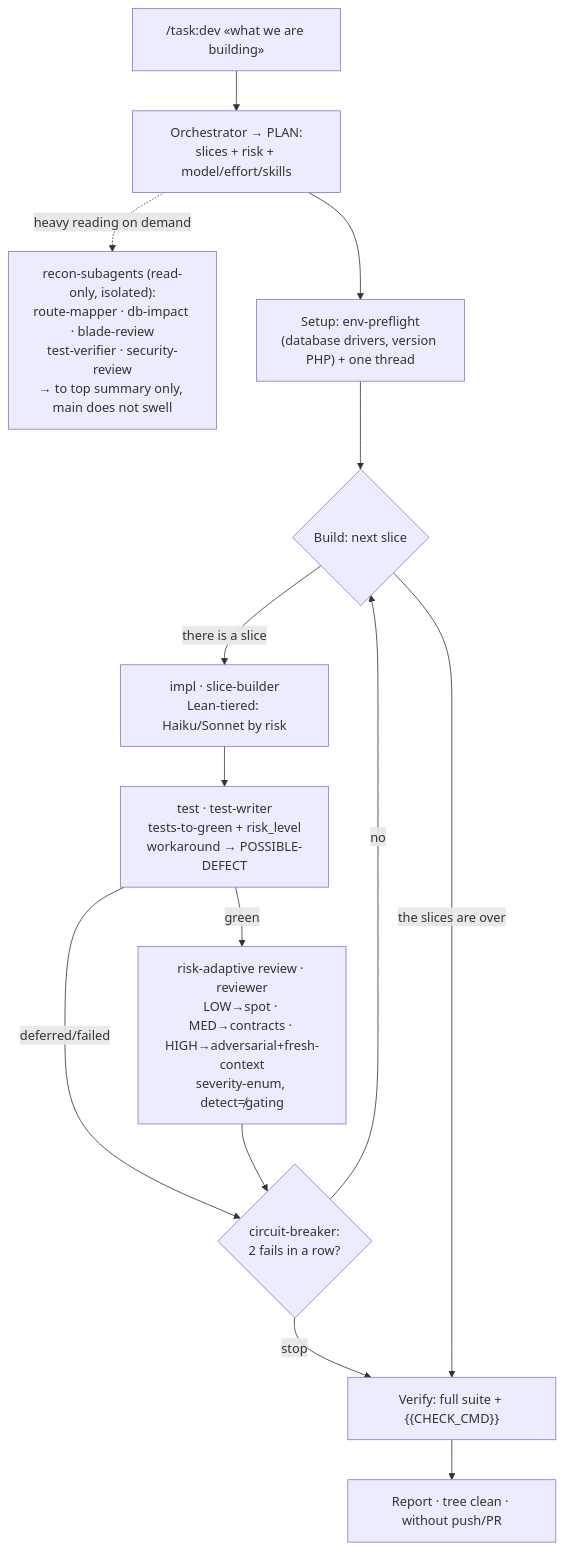
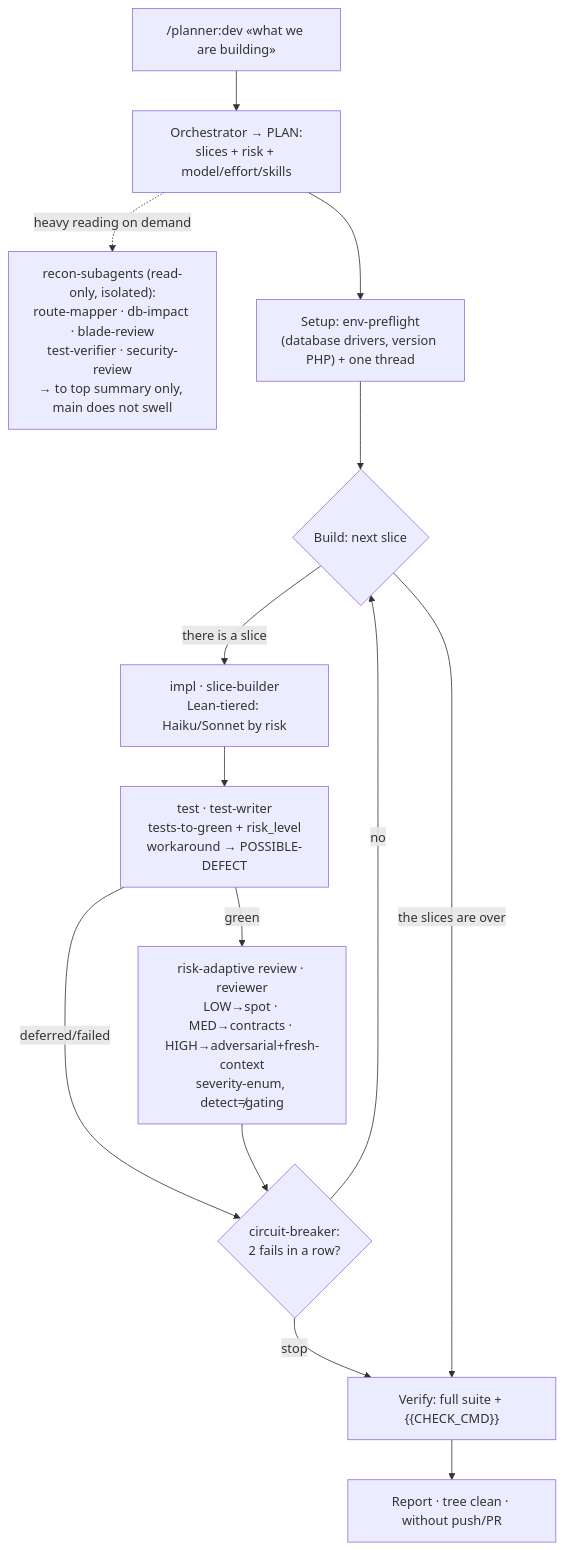
Before and after one commit to academici/swissknifeman: the diagram in packages/harness/configs/claude-code/agent-packs/backend-laravel/docs/subagents-and-workflows.md, drawn with Mermaid. The commit also changed other lines of this file and 697 other files, not shown here.

First line of the commit message:
refactor(skm-ecosystem): Переименование task → planner по всему репозиторию: модуль, команды и проекции, потребители, хаб, golden (PLAN3.P9.1)

````diff
--- a/packages/harness/configs/claude-code/agent-packs/backend-laravel/docs/subagents-and-workflows.md
+++ b/packages/harness/configs/claude-code/agent-packs/backend-laravel/docs/subagents-and-workflows.md
@@ -31,16 +31,16 @@
 ```mermaid
 flowchart TD
-  U["/task:dev «what we are building»"] --> O["Orchestrator → PLAN:<br/>slices + risk + model/effort/skills"]
+  U["/planner:dev «what we are building»"] --> O["Orchestrator → PLAN:<br/>slices + risk + model/effort/skills"]
   O -. "heavy reading on demand" .-> REC["recon-subagents (read-only, isolated):<br/>route-mapper · db-impact · blade-review<br/>test-verifier · security-review<br/>→ to top summary only, main does not swell"]
   O --> SET["Setup: env-preflight<br/>(database drivers, version PHP) + one thread"]
   SET --> BUILD{"Build: next slice"}
   BUILD -->|"there is a slice"| IMPL["impl · slice-builder<br/>Lean-tiered: Haiku/Sonnet by risk"]
   IMPL --> TEST["test · test-writer<br/>tests-to-green + risk_level<br/>workaround → POSSIBLE-DEFECT"]
   TEST -->|"green"| REV["risk-adaptive review · reviewer<br/>LOW→spot · MED→contracts · HIGH→adversarial+fresh-context<br/>severity-enum, detect≠gating"]
   TEST -->|"deferred/failed"| CB
   REV --> CB{"circuit-breaker:<br/>2 fails in a row?"}
   CB -->|"no"| BUILD
   CB -->|"stop"| VER
   BUILD -->|"the slices are over"| VER["Verify: full suite + {{CHECK_CMD}}"]
   VER --> DONE["Report · tree clean · without push/PR"]
 ```
````
